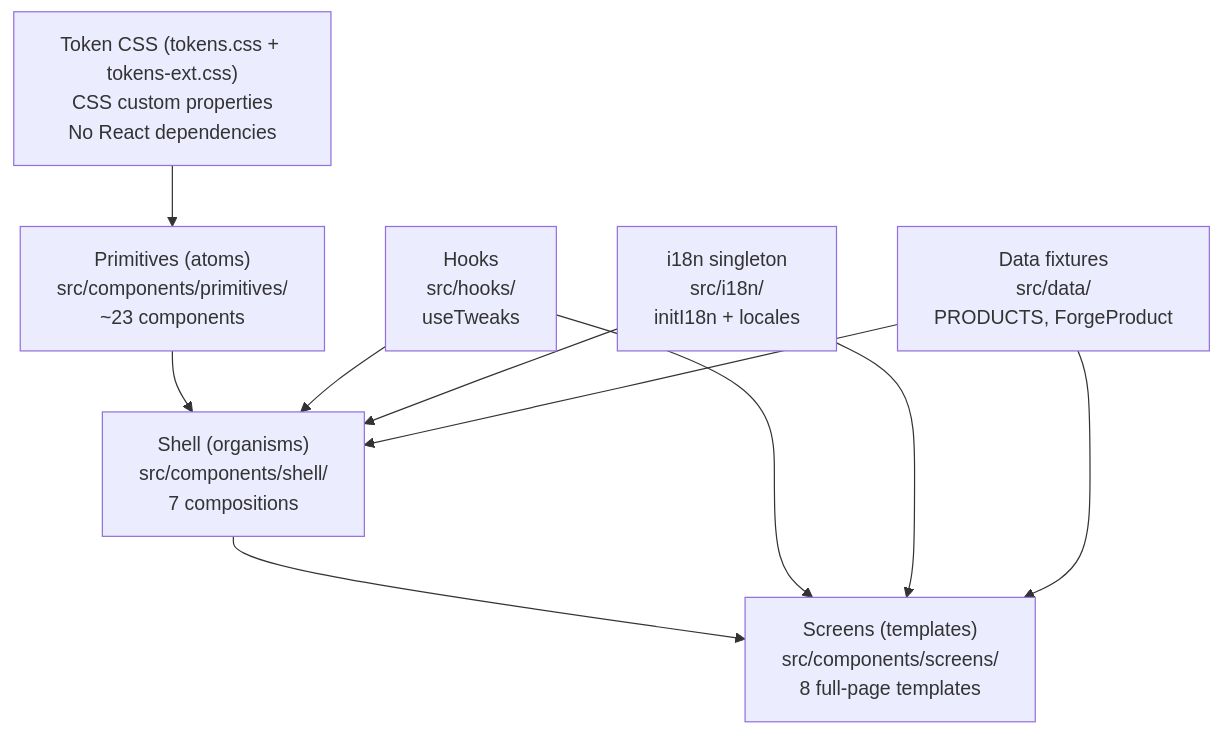
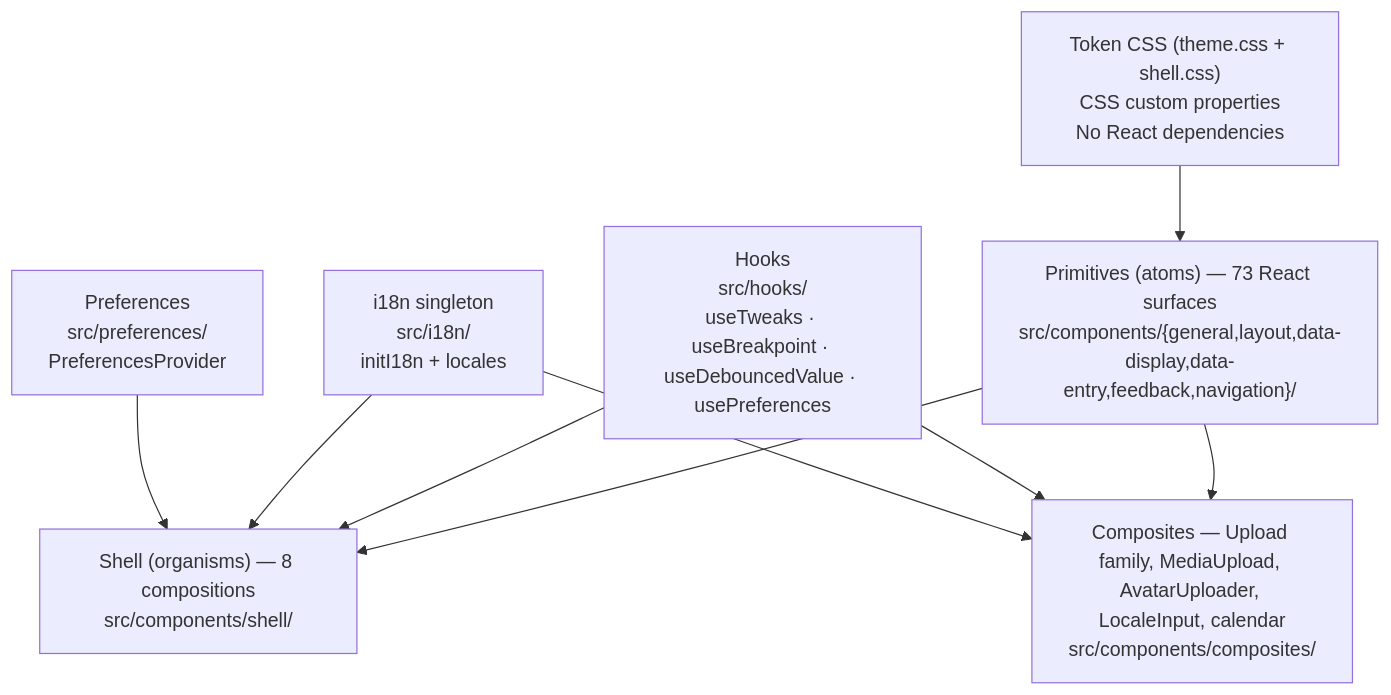
Before and after one commit to godx-jp/godxjp-ui: the diagram in docs/explanation/architecture.md, drawn with Mermaid. The commit also changed other lines of this file and 624 other files, not shown here.

````diff
--- a/docs/explanation/architecture.md
+++ b/docs/explanation/architecture.md
@@ -15,20 +20,19 @@
 ```mermaid
 flowchart TD
-    CSS["Token CSS (tokens.css + tokens-ext.css)\nCSS custom properties\nNo React dependencies"]
-    PRIMS["Primitives (atoms)\nsrc/components/primitives/\n~23 components"]
-    SHELL["Shell (organisms)\nsrc/components/shell/\n7 compositions"]
-    SCREENS["Screens (templates)\nsrc/components/screens/\n8 full-page templates"]
-    HOOKS["Hooks\nsrc/hooks/\nuseTweaks"]
+    CSS["Token CSS (theme.css + shell.css)\nCSS custom properties\nNo React dependencies"]
+    PRIMS["Primitives (atoms) — 73 React surfaces\nsrc/components/{general,layout,data-display,data-entry,feedback,navigation}/"]
+    SHELL["Shell (organisms) — 8 compositions\nsrc/components/shell/"]
+    COMP["Composites — Upload family, MediaUpload, AvatarUploader, LocaleInput, calendar\nsrc/components/composites/"]
+    HOOKS["Hooks\nsrc/hooks/\nuseTweaks · useBreakpoint · useDebouncedValue · usePreferences"]
     I18N["i18n singleton\nsrc/i18n/\ninitI18n + locales"]
-    DATA["Data fixtures\nsrc/data/\nPRODUCTS, ForgeProduct"]
+    PREFS["Preferences\nsrc/preferences/\nPreferencesProvider"]
 
     CSS --> PRIMS
     PRIMS --> SHELL
-    SHELL --> SCREENS
+    PRIMS --> COMP
     HOOKS --> SHELL
-    HOOKS --> SCREENS
+    HOOKS --> COMP
     I18N --> SHELL
-    I18N --> SCREENS
-    DATA --> SHELL
-    DATA --> SCREENS
+    I18N --> COMP
+    PREFS --> SHELL
 ```
````
